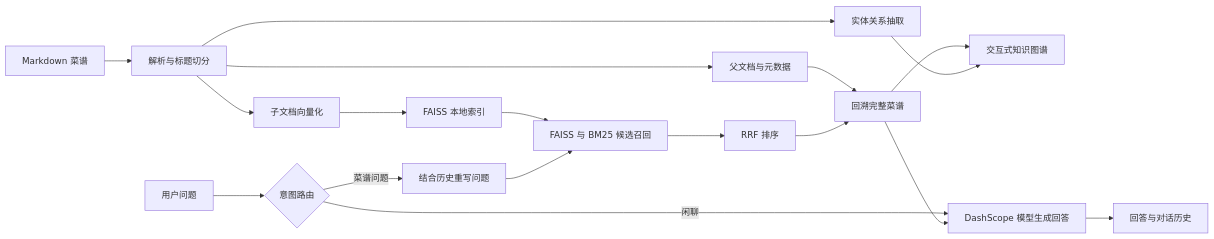
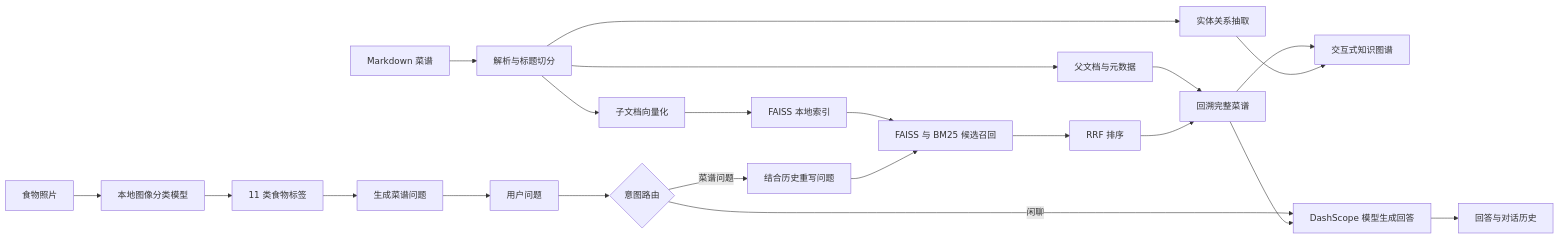
One commit to shimotsuki-haruka/ChefGPT changed the diagram in README.md. Above: the diagram before and after it, drawn with Mermaid. The commit also changed other lines of this file and 16 other files, not shown here.

```diff
--- a/README.md
+++ b/README.md
@@ -24,21 +25,25 @@
 ~~~mermaid
 flowchart LR
     A[Markdown 菜谱] --> B[解析与标题切分]
     B --> C[子文档向量化]
     C --> D[FAISS 本地索引]
     B --> E[父文档与元数据]
     B --> K[实体关系抽取]
     K --> H[交互式知识图谱]
 
+    I[食物照片] --> M[本地图像分类模型]
+    M --> N[11 类食物标签]
+    N --> J[生成菜谱问题]
+    J --> Q
     Q[用户问题] --> R{意图路由}
     R -->|菜谱问题| W[结合历史重写问题]
     W --> S[FAISS 与 BM25 候选召回]
     D --> S
     S --> T[RRF 排序]
     T --> P[回溯完整菜谱]
     E --> P
     P --> L[DashScope 模型生成回答]
     R -->|闲聊| L
     L --> O[回答与对话历史]
     P --> H
 ~~~
```
